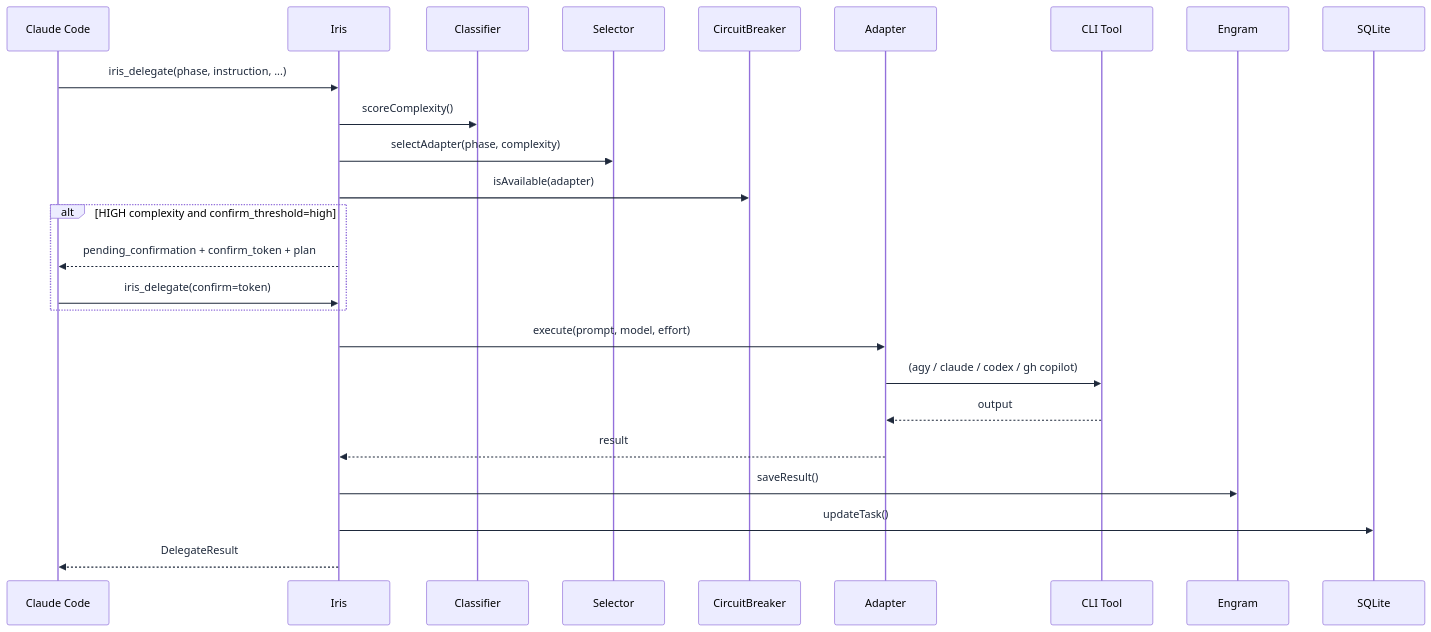
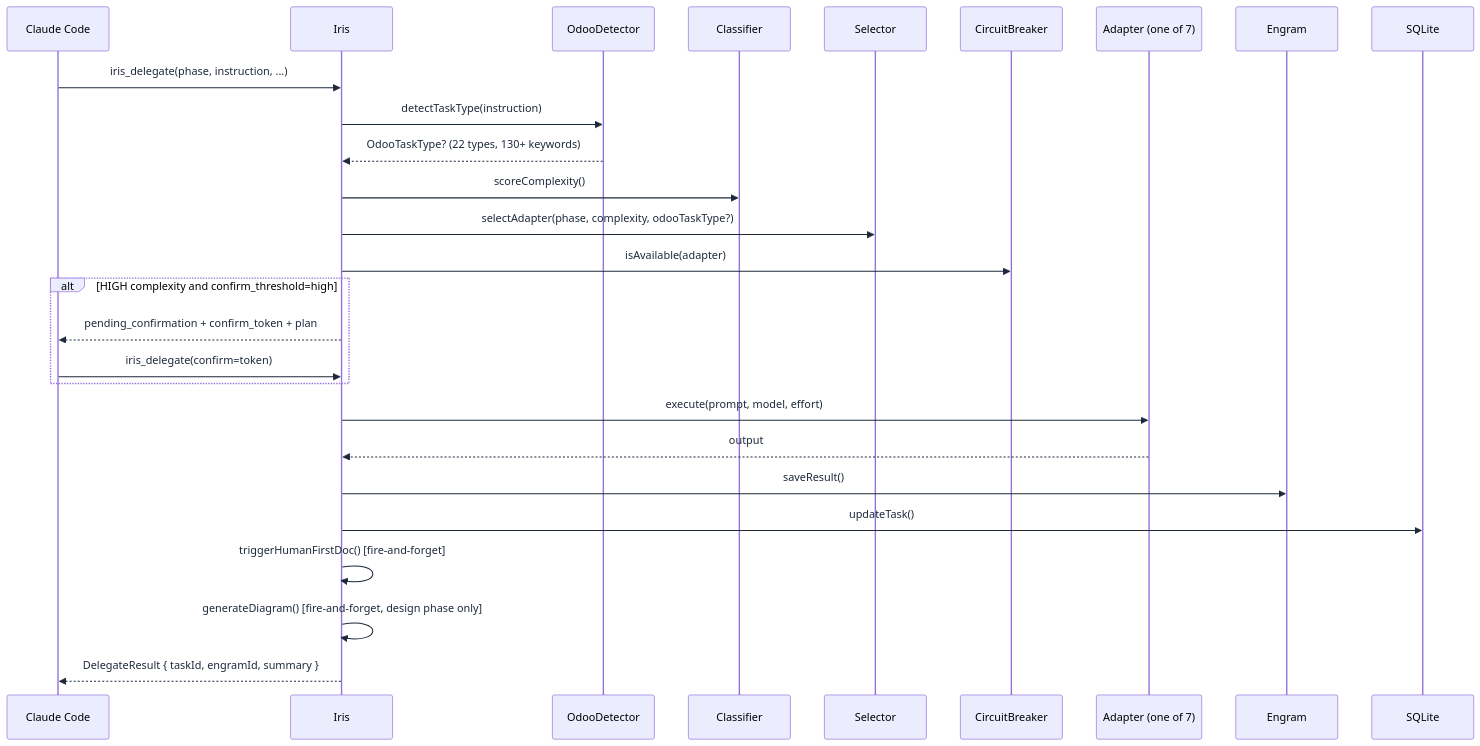
The second of 9 diagrams in ARCHITECTURE.md (Geraldow/iris), drawn with Mermaid before and after one commit. The commit also changed other lines of this file and 1 other file, not shown here.

Commit message:
docs: update ARCHITECTURE and PRD to reflect Odoo orchestration and excalidraw integration

````diff
--- a/ARCHITECTURE.md
+++ b/ARCHITECTURE.md
@@ -20,31 +34,33 @@
 ```mermaid
 %%{init: {'theme': 'default', 'themeVariables': {'primaryColor': '#dbeafe', 'primaryTextColor': '#1e293b', 'primaryBorderColor': '#3b82f6', 'lineColor': '#6366f1', 'secondaryColor': '#f0fdf4', 'secondaryTextColor': '#1e293b', 'secondaryBorderColor': '#22c55e', 'tertiaryColor': '#fef3c7', 'tertiaryTextColor': '#1e293b', 'textColor': '#1e293b', 'clusterBkg': '#eff6ff', 'clusterBorder': '#3b82f6'}}}%%
 sequenceDiagram
     participant C as Claude Code
     participant I as Iris
+    participant OD as OdooDetector
     participant R as Classifier
     participant S as Selector
     participant CB as CircuitBreaker
-    participant A as Adapter
-    participant CLI as CLI Tool
+    participant A as Adapter (one of 7)
     participant E as Engram
     participant DB as SQLite
 
     C->>I: iris_delegate(phase, instruction, ...)
+    I->>OD: detectTaskType(instruction)
+    OD-->>I: OdooTaskType? (22 types, 130+ keywords)
     I->>R: scoreComplexity()
-    I->>S: selectAdapter(phase, complexity)
+    I->>S: selectAdapter(phase, complexity, odooTaskType?)
     I->>CB: isAvailable(adapter)
-    
+
     alt HIGH complexity and confirm_threshold=high
         I-->>C: pending_confirmation + confirm_token + plan
         C->>I: iris_delegate(confirm=token)
     end
-    
+
     I->>A: execute(prompt, model, effort)
-    A->>CLI: (agy / claude / codex / gh copilot)
-    CLI-->>A: output
-    A-->>I: result
+    A-->>I: output
     I->>E: saveResult()
     I->>DB: updateTask()
-    I-->>C: DelegateResult
+    I->>I: triggerHumanFirstDoc() [fire-and-forget]
+    I->>I: generateDiagram() [fire-and-forget, design phase only]
+    I-->>C: DelegateResult { taskId, engramId, summary }
 ```
````
